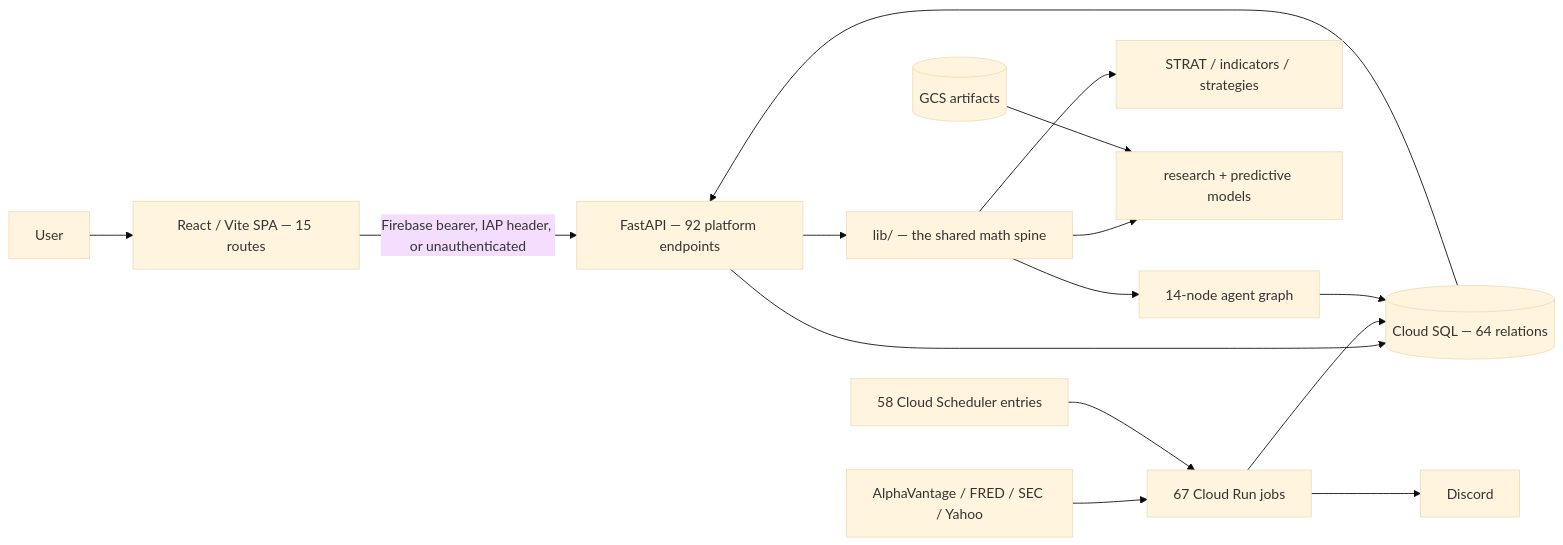
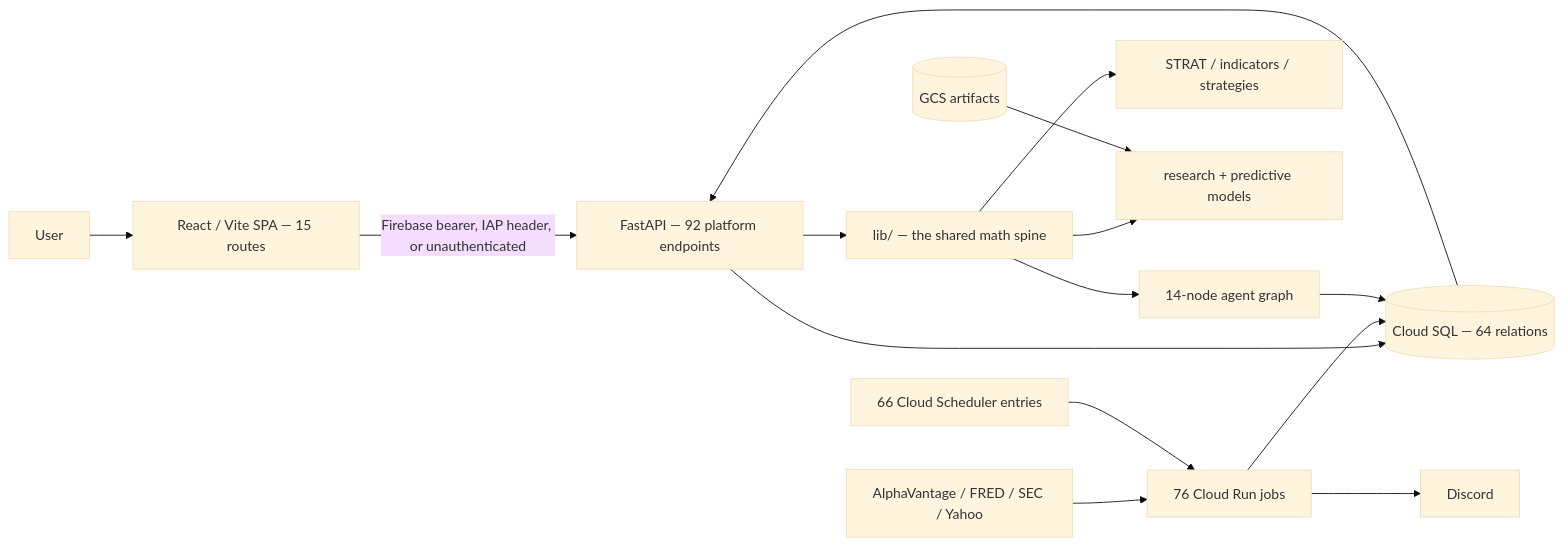
Before and after one commit to TeneikaAskew/stocks: the first of 2 diagrams in docs/product/00-PRODUCT-OVERVIEW.md, drawn with Mermaid (base theme). The commit also changed other lines of this file and 51 other files, not shown here.

````diff
--- a/docs/product/00-PRODUCT-OVERVIEW.md
+++ b/docs/product/00-PRODUCT-OVERVIEW.md
@@ -39,17 +39,17 @@
 ```mermaid
 flowchart LR
  U[User] --> WEB[React / Vite SPA — 15 routes]
  WEB -->|Firebase bearer, IAP header, or unauthenticated| API[FastAPI — 92 platform endpoints]
  API --> LIB[lib/ — the shared math spine]
  API --> DB[(Cloud SQL — 64 relations)]
- SRC[AlphaVantage / FRED / SEC / Yahoo] --> JOBS[67 Cloud Run jobs]
- SCH[58 Cloud Scheduler entries] --> JOBS
+ SRC[AlphaVantage / FRED / SEC / Yahoo] --> JOBS[76 Cloud Run jobs]
+ SCH[66 Cloud Scheduler entries] --> JOBS
  JOBS --> DB
  LIB --> RULES[STRAT / indicators / strategies]
  LIB --> ML[research + predictive models]
  LIB --> LLM[14-node agent graph]
  LLM --> DB
  JOBS --> DISCORD[Discord]
  DB --> API
  GCS[(GCS artifacts)] --> ML
 ```
````
